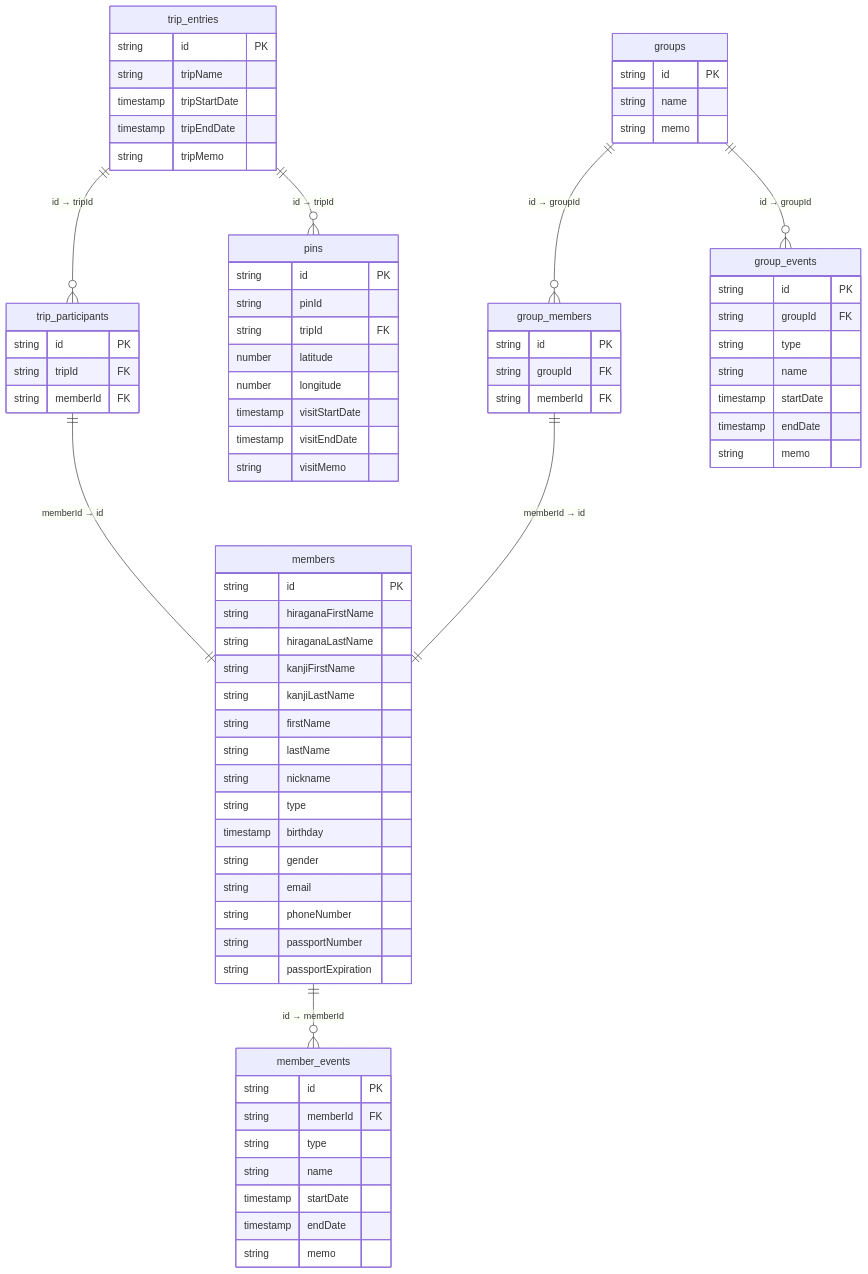
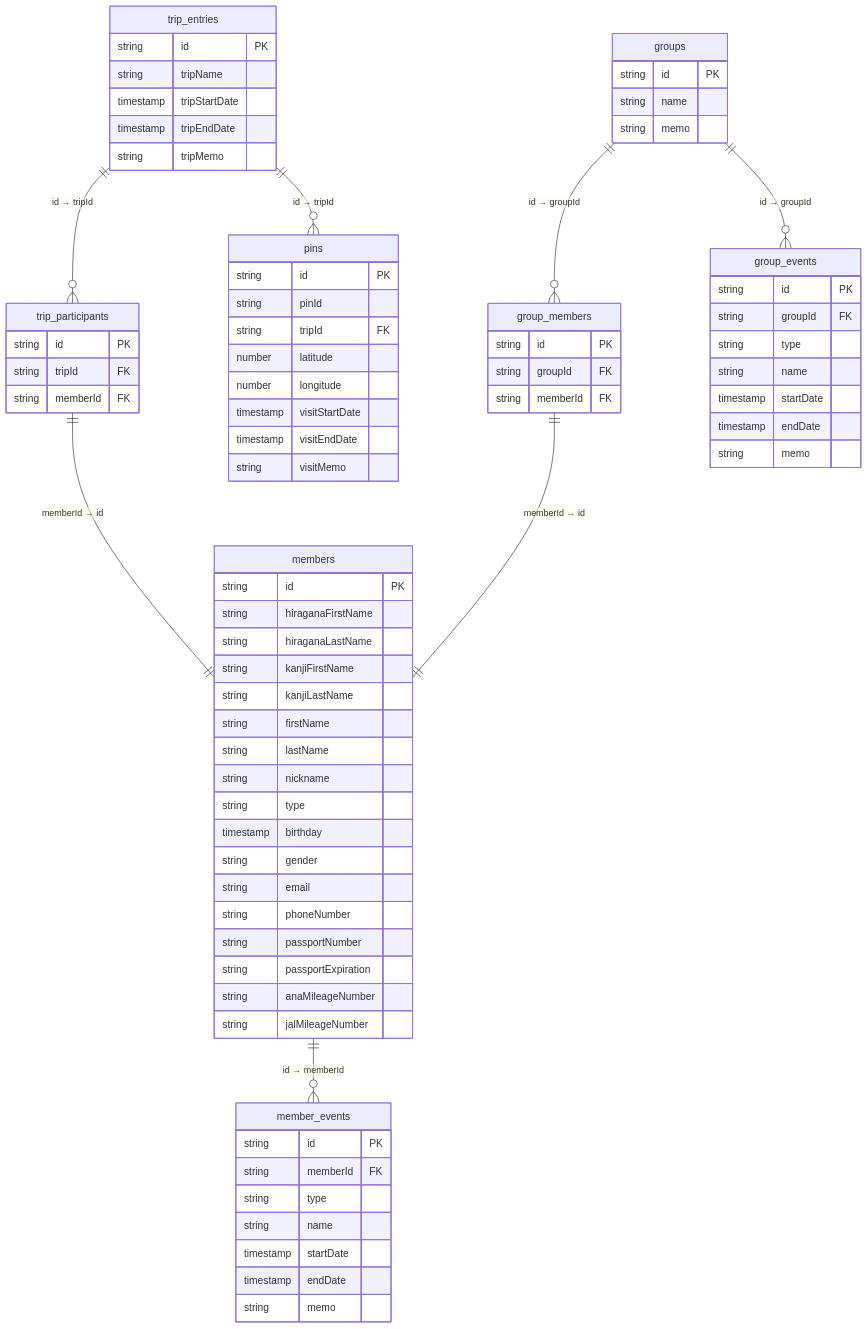
One commit to taka-016/memora changed the diagram in doc/er_diagram.md. Above: the diagram before and after it, drawn with Mermaid. The commit also changed 7 other files, not shown here.

````diff
--- a/doc/er_diagram.md
+++ b/doc/er_diagram.md
@@ -3,78 +3,80 @@
 ```mermaid
 erDiagram
     trip_entries {
         string id PK
         string tripName
         timestamp tripStartDate
         timestamp tripEndDate
         string tripMemo
     }
     trip_participants {
         string id PK
         string tripId FK
         string memberId FK
     }
     pins {
         string id PK
         string pinId
         string tripId FK
         number latitude
         number longitude
         timestamp visitStartDate
         timestamp visitEndDate
         string visitMemo
     }
     groups {
         string id PK
         string name
         string memo
     }
     group_members {
         string id PK
         string groupId FK
         string memberId FK
     }
     group_events {
         string id PK
         string groupId FK
         string type
         string name
         timestamp startDate
         timestamp endDate
         string memo
     }
     members {
         string id PK
         string hiraganaFirstName
         string hiraganaLastName
         string kanjiFirstName
         string kanjiLastName
         string firstName
         string lastName
         string nickname
         string type
         timestamp birthday
         string gender
         string email
         string phoneNumber
         string passportNumber
         string passportExpiration
+        string anaMileageNumber
+        string jalMileageNumber
     }
     member_events {
         string id PK
         string memberId FK
         string type
         string name
         timestamp startDate
         timestamp endDate
         string memo
     }
 
     trip_entries ||--o{ trip_participants : "id → tripId"
     trip_participants ||--|| members : "memberId → id"
     members ||--o{ member_events : "id → memberId"
     trip_entries ||--o{ pins : "id → tripId"
     groups ||--o{ group_members : "id → groupId"
     group_members ||--|| members : "memberId → id"
     groups ||--o{ group_events : "id → groupId"
 ```
````
